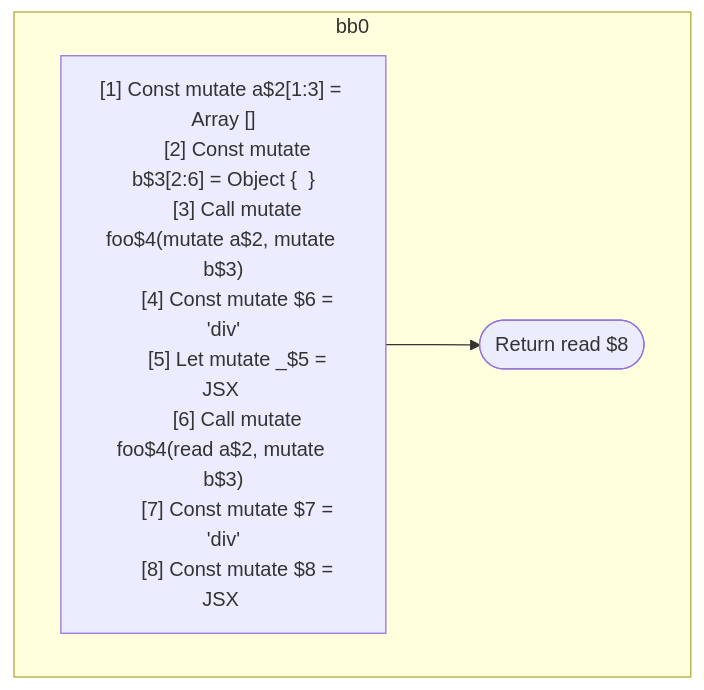
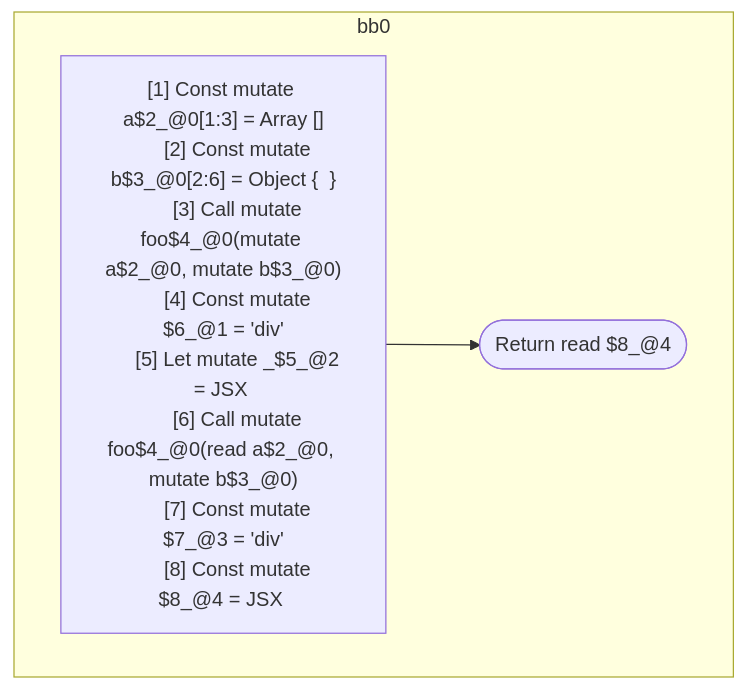
The second of 2 diagrams in compiler/forget/src/__tests__/fixtures/hir/ssa-call-jsx.expect.md (wutsmog/private), drawn with Mermaid before and after one commit. The commit also changed other lines of this file and 60 other files, not shown here.

````diff
--- a/compiler/forget/src/__tests__/fixtures/hir/ssa-call-jsx.expect.md
+++ b/compiler/forget/src/__tests__/fixtures/hir/ssa-call-jsx.expect.md
@@ -63,20 +63,20 @@
 ```mermaid
 flowchart TB
   %% Basic Blocks
   subgraph bb0
     bb0_instrs["
-      [1] Const mutate a$2[1:3] = Array []
-      [2] Const mutate b$3[2:6] = Object {  }
-      [3] Call mutate foo$4(mutate a$2, mutate b$3)
-      [4] Const mutate $6 = 'div'
-      [5] Let mutate _$5 = JSX <read $6 a={freeze a$2} ></read $6>
-      [6] Call mutate foo$4(read a$2, mutate b$3)
-      [7] Const mutate $7 = 'div'
-      [8] Const mutate $8 = JSX <read $7 a={read a$2} b={freeze b$3} ></read $7>
+      [1] Const mutate a$2_@0[1:3] = Array []
+      [2] Const mutate b$3_@0[2:6] = Object {  }
+      [3] Call mutate foo$4_@0(mutate a$2_@0, mutate b$3_@0)
+      [4] Const mutate $6_@1 = 'div'
+      [5] Let mutate _$5_@2 = JSX <read $6_@1 a={freeze a$2_@0} ></read $6_@1>
+      [6] Call mutate foo$4_@0(read a$2_@0, mutate b$3_@0)
+      [7] Const mutate $7_@3 = 'div'
+      [8] Const mutate $8_@4 = JSX <read $7_@3 a={read a$2_@0} b={freeze b$3_@0} ></read $7_@3>
     "]
-    bb0_instrs --> bb0_terminal(["Return read $8"])
+    bb0_instrs --> bb0_terminal(["Return read $8_@4"])
   end
 
   %% Jumps
   %% empty
 ```
````
